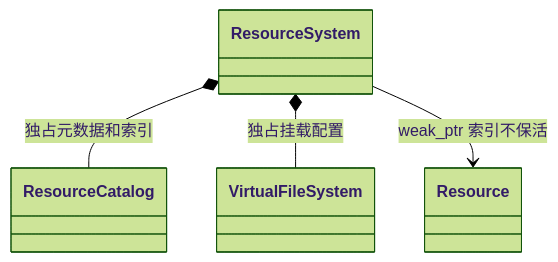
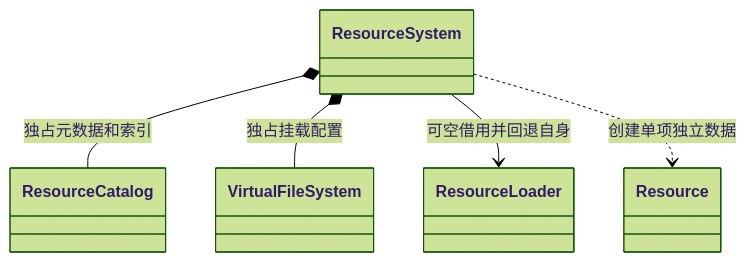
The second of 7 diagrams in docs/runtime/class-diagrams/resource-system.md (lcals/Engine), drawn with Mermaid (forest theme) before and after one commit. The commit also changed other lines of this file and 194 other files, not shown here.

````diff
--- a/docs/runtime/class-diagrams/resource-system.md
+++ b/docs/runtime/class-diagrams/resource-system.md
@@ -45,11 +54,13 @@
 ```mermaid
 classDiagram
     direction TB
     class ResourceSystem
     class ResourceCatalog
     class VirtualFileSystem
     class Resource
+    class ResourceLoader
     ResourceSystem *-- ResourceCatalog : 独占元数据和索引
     ResourceSystem *-- VirtualFileSystem : 独占挂载配置
-    ResourceSystem --> Resource : weak_ptr 索引不保活
+    ResourceSystem --> ResourceLoader : 可空借用并回退自身
+    ResourceSystem ..> Resource : 创建单项独立数据
 ```
````
